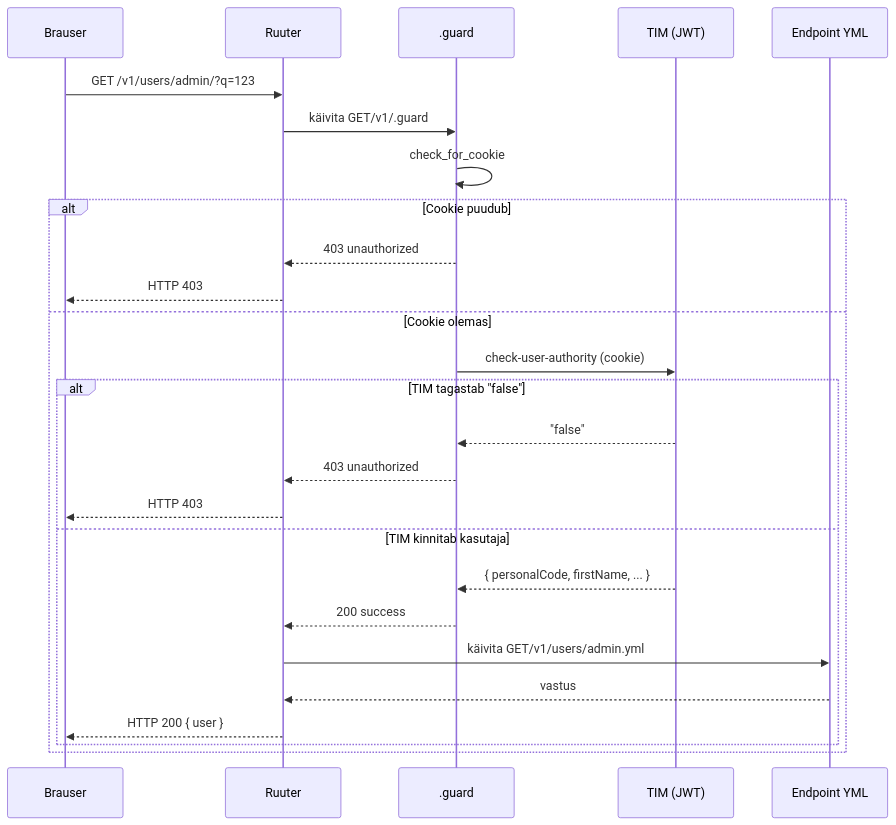
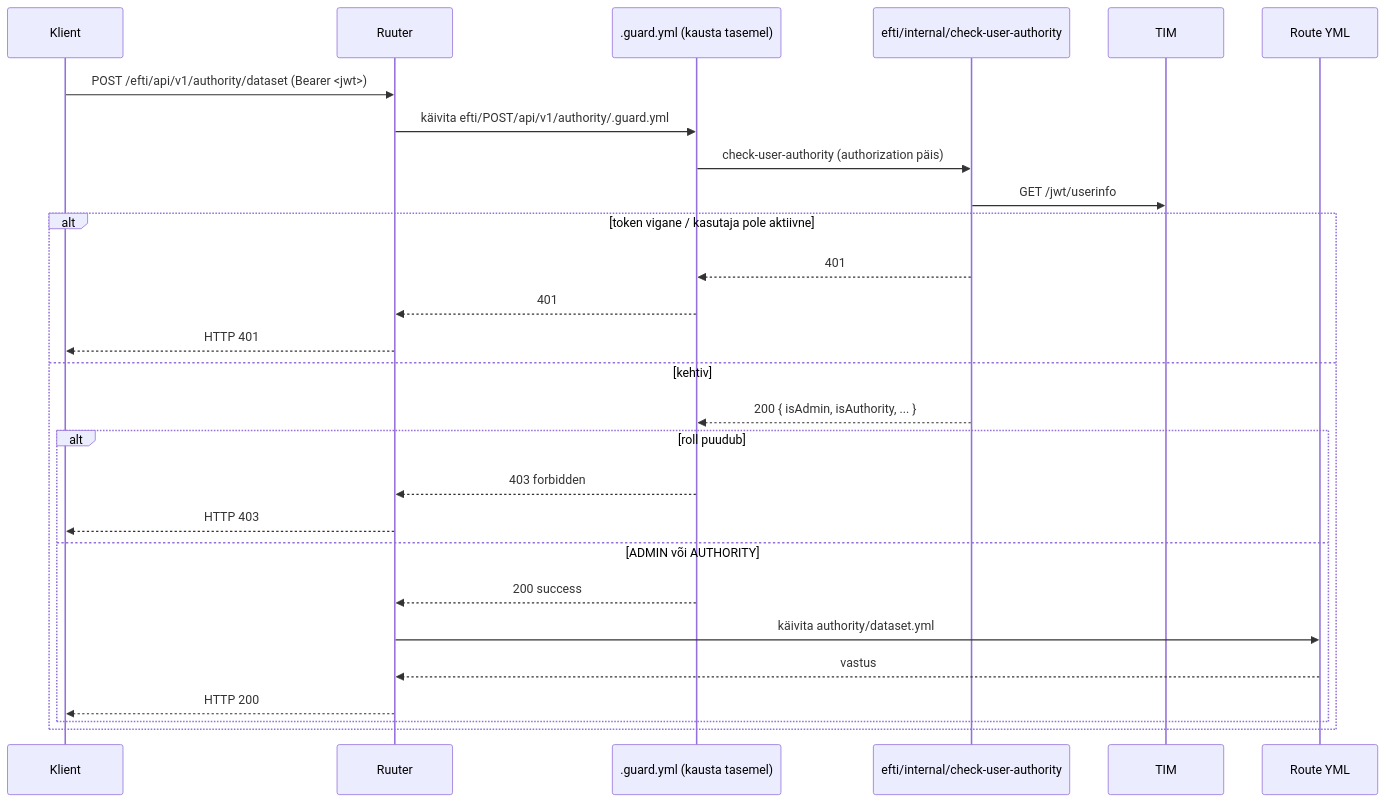
One commit to kemit-ee/efti-gate-ee changed the second of 2 diagrams in docs/planning/rest-api-disainijuhend.md. Above: the diagram before and after it, drawn with Mermaid. The commit also changed other lines of this file and 20 other files, not shown here.

First line of the commit message:
guards: move authority POST handlers under the guarded authority/ dir

````diff
--- a/docs/planning/rest-api-disainijuhend.md
+++ b/docs/planning/rest-api-disainijuhend.md
@@ -252,29 +259,30 @@
 ```mermaid
 sequenceDiagram
-    participant B as Brauser
+    participant C as Klient
     participant R as Ruuter
-    participant G as .guard
-    participant T as TIM (JWT)
-    participant E as Endpoint YML
+    participant G as .guard.yml (kausta tasemel)
+    participant I as efti/internal/check-user-authority
+    participant T as TIM
+    participant E as Route YML
 
-    B->>R: GET /v1/users/admin/?q=123
-    R->>G: käivita GET/v1/.guard
-    G->>G: check_for_cookie
-    alt Cookie puudub
-        G-->>R: 403 unauthorized
-        R-->>B: HTTP 403
-    else Cookie olemas
-        G->>T: check-user-authority (cookie)
-        alt TIM tagastab "false"
-            T-->>G: "false"
-            G-->>R: 403 unauthorized
-            R-->>B: HTTP 403
-        else TIM kinnitab kasutaja
-            T-->>G: { personalCode, firstName, ... }
+    C->>R: POST /efti/api/v1/authority/dataset  (Bearer <jwt>)
+    R->>G: käivita efti/POST/api/v1/authority/.guard.yml
+    G->>I: check-user-authority (authorization päis)
+    I->>T: GET /jwt/userinfo
+    alt token vigane / kasutaja pole aktiivne
+        I-->>G: 401
+        G-->>R: 401
+        R-->>C: HTTP 401
+    else kehtiv
+        I-->>G: 200 { isAdmin, isAuthority, ... }
+        alt roll puudub
+            G-->>R: 403 forbidden
+            R-->>C: HTTP 403
+        else ADMIN või AUTHORITY
             G-->>R: 200 success
-            R->>E: käivita GET/v1/users/admin.yml
+            R->>E: käivita authority/dataset.yml
             E-->>R: vastus
-            R-->>B: HTTP 200 { user }
+            R-->>C: HTTP 200
         end
     end
 ```
````
